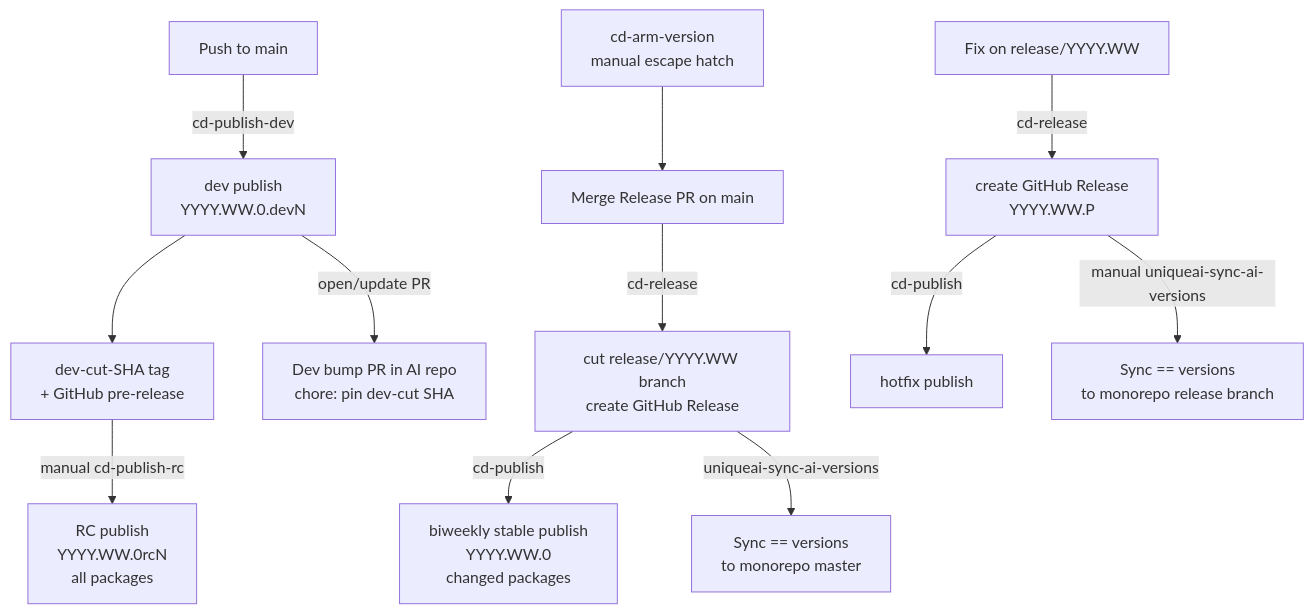
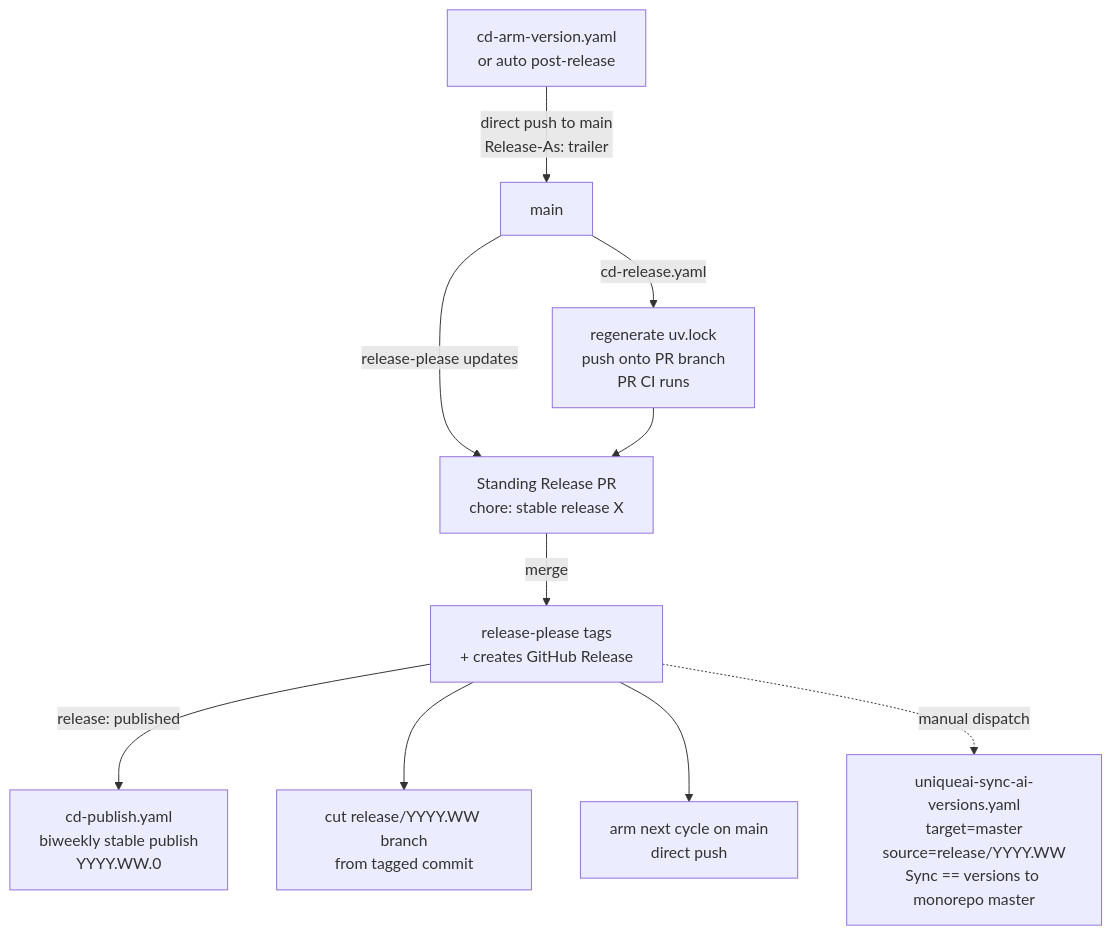
Before and after one commit to Unique-AG/ai: the third of 4 diagrams in docs/contributing/release-process.md, drawn with Mermaid. The commit also changed other lines of this file, not shown here.

First line of the commit message:
docs(release-process): regroup sections and add per-stage flow diagrams

````diff
--- a/docs/contributing/release-process.md
+++ b/docs/contributing/release-process.md
@@ -216,17 +183,12 @@
 ```mermaid
 flowchart TD
-    A[Push to main] -->|cd-publish-dev| B[dev publish\nYYYY.WW.0.devN]
-    B --> C[dev-cut-SHA tag\n+ GitHub pre-release]
-    C -->|manual cd-publish-rc| D[RC publish\nYYYY.WW.0rcN\nall packages]
-    B -->|open/update PR| E[Dev bump PR in AI repo\nchore: pin dev-cut SHA]
-
-    F[Merge Release PR on main] -->|cd-release| G[cut release/YYYY.WW branch\ncreate GitHub Release]
-    G -->|cd-publish| H[biweekly stable publish\nYYYY.WW.0\nchanged packages]
-    G -->|uniqueai-sync-ai-versions| I[Sync == versions\nto monorepo master]
-
-    J[Fix on release/YYYY.WW] -->|cd-release| K[create GitHub Release\nYYYY.WW.P]
-    K -->|cd-publish| L[hotfix publish]
-    K -->|manual uniqueai-sync-ai-versions| M[Sync == versions\nto monorepo release branch]
-
-    N[cd-arm-version\nmanual escape hatch] --> F
+    ARM[cd-arm-version.yaml<br/>or auto post-release] -->|direct push to main<br/>Release-As: trailer| MAIN[main]
+    MAIN -->|release-please updates| RPR[Standing Release PR<br/>chore: stable release X]
+    MAIN -->|cd-release.yaml| LOCK[regenerate uv.lock<br/>push onto PR branch<br/>PR CI runs]
+    LOCK --> RPR
+    RPR -->|merge| TAG[release-please tags<br/>+ creates GitHub Release]
+    TAG -->|release: published| PUB[cd-publish.yaml<br/>biweekly stable publish<br/>YYYY.WW.0]
+    TAG --> CUT[cut release/YYYY.WW branch<br/>from tagged commit]
+    TAG --> NEXT[arm next cycle on main<br/>direct push]
+    TAG -.manual dispatch.-> SYNC[uniqueai-sync-ai-versions.yaml<br/>target=master<br/>source=release/YYYY.WW<br/>Sync == versions to monorepo master]
 ```
````
